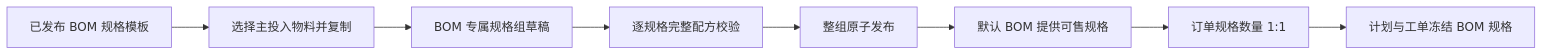
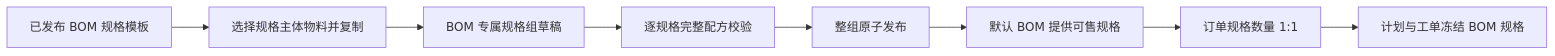
The third of 3 diagrams in orderapp-remote/docs/OP_MANUAL_PRODUCTION.md (Backstage2539/KFerp), drawn with Mermaid before and after one commit. The commit also changed other lines of this file and 11 other files, not shown here.

````diff
--- a/orderapp-remote/docs/OP_MANUAL_PRODUCTION.md
+++ b/orderapp-remote/docs/OP_MANUAL_PRODUCTION.md
@@ -253,10 +255,10 @@
 ```mermaid
 flowchart LR
-  T[已发布 BOM 规格模板] --> C[选择主投入物料并复制]
+  T[已发布 BOM 规格模板] --> C[选择规格主体物料并复制]
   C --> G[BOM 专属规格组草稿]
   G --> V[逐规格完整配方校验]
   V --> P[整组原子发布]
   P --> D[默认 BOM 提供可售规格]
   D --> O[订单规格数量 1:1]
   O --> W[计划与工单冻结 BOM 规格]
 ```
````
